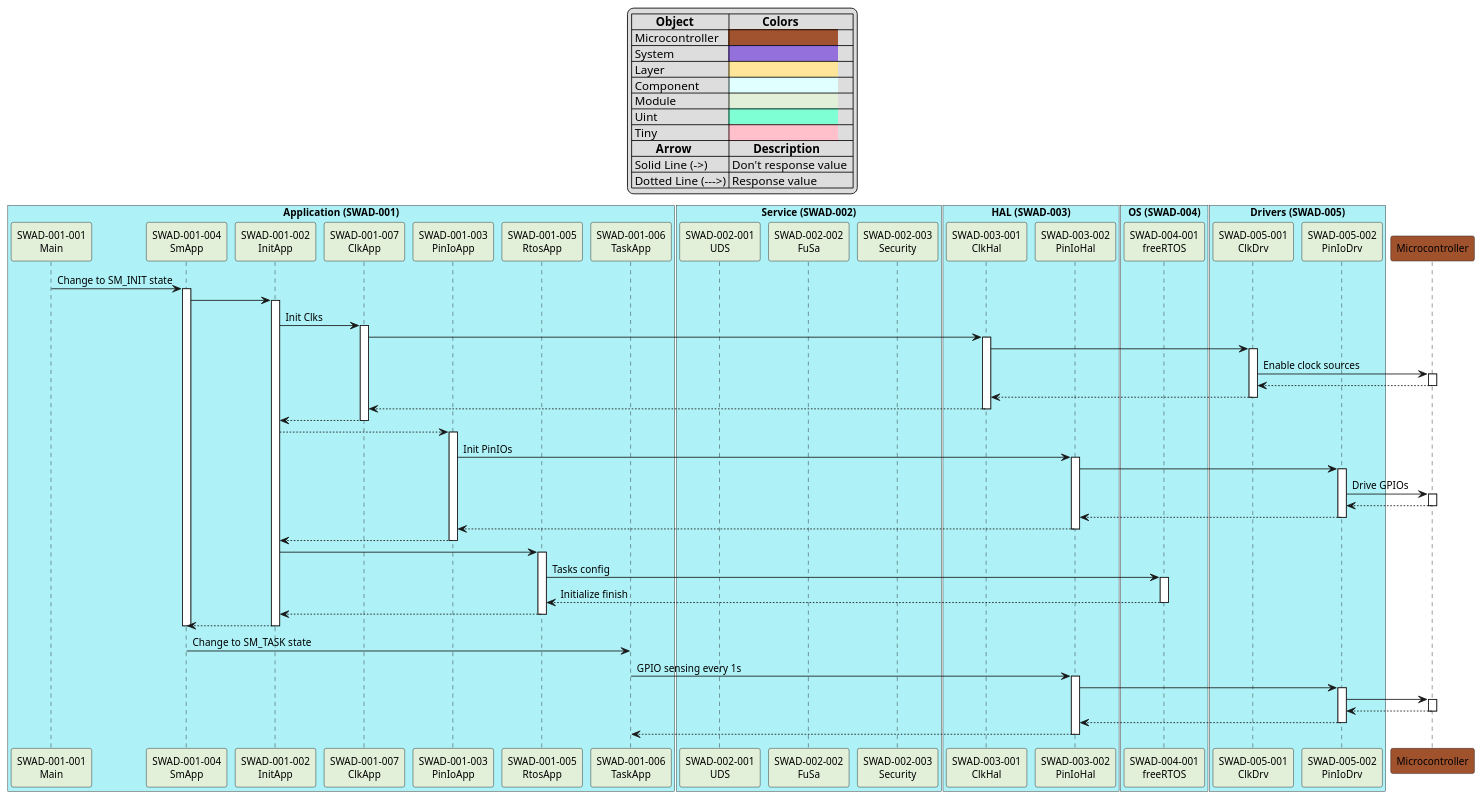
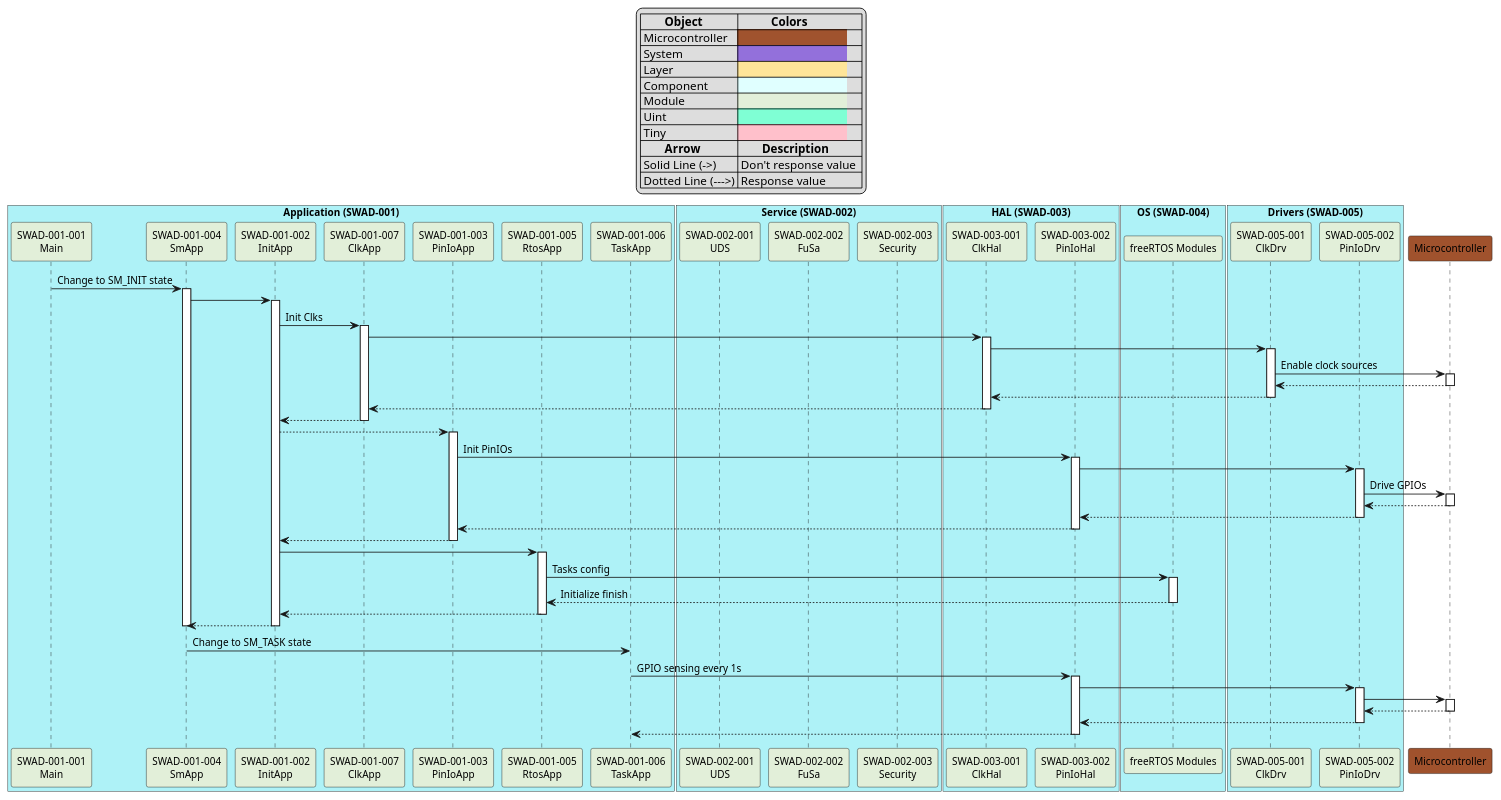
The diagram in Dynamic_Software_Architecture.plantuml (FdsLu/SwSeq), drawn with PlantUML before and after one commit. The commit also changed 1 other file, not shown here.

Commit message:
[Modify] SWAD-004-001 Module [Modify] 1. Modify SWAD-004-001 to freeRTOS Modules.
[Add]
1. Add SVG picture file.

```diff
--- a/Dynamic_Software_Architecture.plantuml
+++ b/Dynamic_Software_Architecture.plantuml
@@ -1,123 +1,123 @@
 @startuml
 '----- Table Description ----
 'Object Colors Setting
 skinparam defaultFontName Arial
 skinparam defaultFontSize 12
 legend top
 |=        Object  |=           Colors  |
 | Microcontroller  |<back:#A0522D>                                    |
 | System  |<back:#9370DB>                                    |
 | Layer  |<back:#FEE599>                                    |
 | Component |<back:#E0FFFF>                                    |
 | Module |<back:#E2EFD9>                                    |
 | Uint |<back:#7FFFD4>                                    |
 | Tiny |<back:#FFC0CB>                                    |
 'Arrow Function
 |=        Arrow |=        Description |
 | Solid Line (->) | Don't response value  |
 | Dotted Line (--->) | Response value |
 endlegend
 
 '---- Define "Application" component and colors ----
 box "Application (SWAD-001)" #aef2f7
 participant "SWAD-001-001\nMain" as Main #E2EFD9
 participant "SWAD-001-004\nSmApp" as SmApp #E2EFD9
 participant "SWAD-001-002\nInitApp" as InitApp #E2EFD9
 participant "SWAD-001-007\nClkApp" as ClkApp #E2EFD9
 participant "SWAD-001-003\nPinIoApp" as PinIoApp #E2EFD9
 participant "SWAD-001-005\nRtosApp" as RtosApp #E2EFD9
 participant "SWAD-001-006\nTaskApp" as TaskApp #E2EFD9
 end box
 
 '---- Define "Service" component--------------------
 box "Service (SWAD-002)" #aef2f7
 participant "SWAD-002-001\nUDS" as UDS #E2EFD9
 participant "SWAD-002-002\nFuSa" as FuSa #E2EFD9
 participant "SWAD-002-003\nSecurity" as Security #E2EFD9
 end box
 
 '---- Define "HAL" component -----------------------
 box "HAL (SWAD-003)" #aef2f7
 participant "SWAD-003-001\nClkHal" as ClkHal #E2EFD9
 participant "SWAD-003-002\nPinIoHal" as PinIoHal #E2EFD9
 end box
 
 '---- Define "OS" component ------------------------
 box "OS (SWAD-004)" #aef2f7
-participant "SWAD-004-001\nfreeRTOS" as freeRTOS #E2EFD9
+participant "freeRTOS Modules" as RtosModules #E2EFD9
 end box
 
 '---- Define "Drivers" component -------------------
 box "Drivers (SWAD-005)" #aef2f7
 participant "SWAD-005-001\nClkDrv" as ClkDrv #E2EFD9
 participant "SWAD-005-002\nPinIoDrv" as PinIoDrv #E2EFD9
 end box
 
 '---- Define "Hardware" layer ----------------------
 participant Microcontroller #A0522D
 
 '---- Plan modules sequence-------------------------
 Main -> SmApp: Change to SM_INIT state
 activate SmApp
 SmApp -> InitApp
 activate InitApp
 InitApp -> ClkApp: Init Clks
 activate ClkApp
 ClkApp -> ClkHal
 activate ClkHal
 ClkHal -> ClkDrv
 activate  ClkDrv
 ClkDrv -> Microcontroller: Enable clock sources
 activate Microcontroller
 Microcontroller --> ClkDrv
 deactivate Microcontroller
 ClkDrv --> ClkHal
 deactivate ClkDrv 
 ClkHal --> ClkApp
 deactivate ClkHal 
 ClkApp --> InitApp
 deactivate ClkApp 
 InitApp -->PinIoApp 
 activate PinIoApp 
 PinIoApp -> PinIoHal: Init PinIOs
 activate PinIoHal
 PinIoHal -> PinIoDrv
 activate PinIoDrv
 PinIoDrv -> Microcontroller: Drive GPIOs
 activate Microcontroller
 Microcontroller --> PinIoDrv 
 deactivate Microcontroller
 PinIoDrv --> PinIoHal
 deactivate PinIoDrv
 PinIoHal --> PinIoApp
 deactivate PinIoHal
 PinIoApp --> InitApp
 deactivate PinIoApp 
 InitApp -> RtosApp
 activate  RtosApp
-RtosApp -> freeRTOS: Tasks config
-activate freeRTOS
-freeRTOS --> RtosApp: Initialize finish
-deactivate freeRTOS
+RtosApp -> RtosModules: Tasks config
+activate RtosModules
+RtosModules --> RtosApp: Initialize finish
+deactivate RtosModules
 RtosApp --> InitApp
 deactivate RtosApp
 
 InitApp --> SmApp
 deactivate InitApp
 deactivate SmApp
 SmApp -> TaskApp: Change to SM_TASK state
 
 TaskApp -> PinIoHal: GPIO sensing every 1s
 activate PinIoHal
 PinIoHal -> PinIoDrv
 activate PinIoDrv
 PinIoDrv -> Microcontroller
 activate Microcontroller
 Microcontroller --> PinIoDrv
 deactivate Microcontroller
 PinIoDrv --> PinIoHal
 deactivate PinIoDrv
 PinIoHal --> TaskApp 
 deactivate PinIoHal
 '---------------------------------------------------
 @enduml
```
